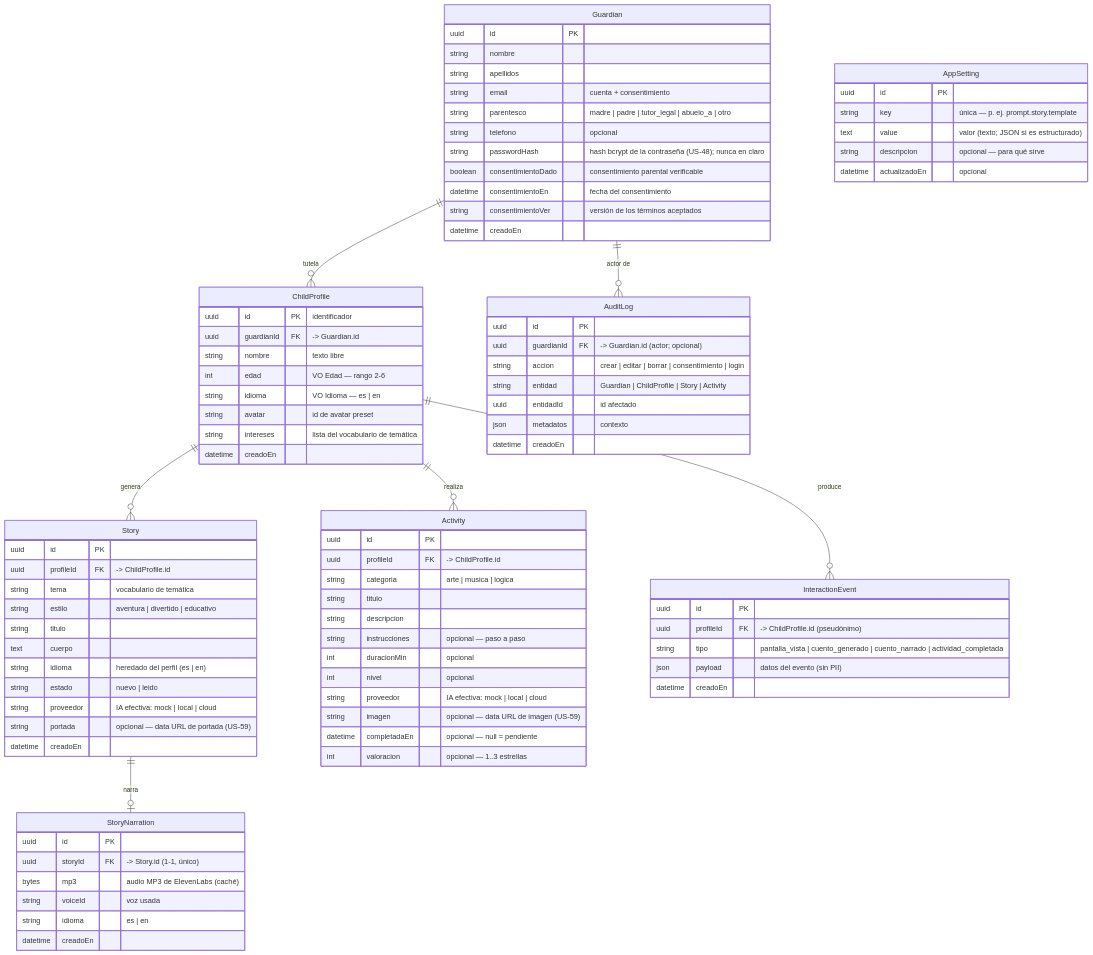
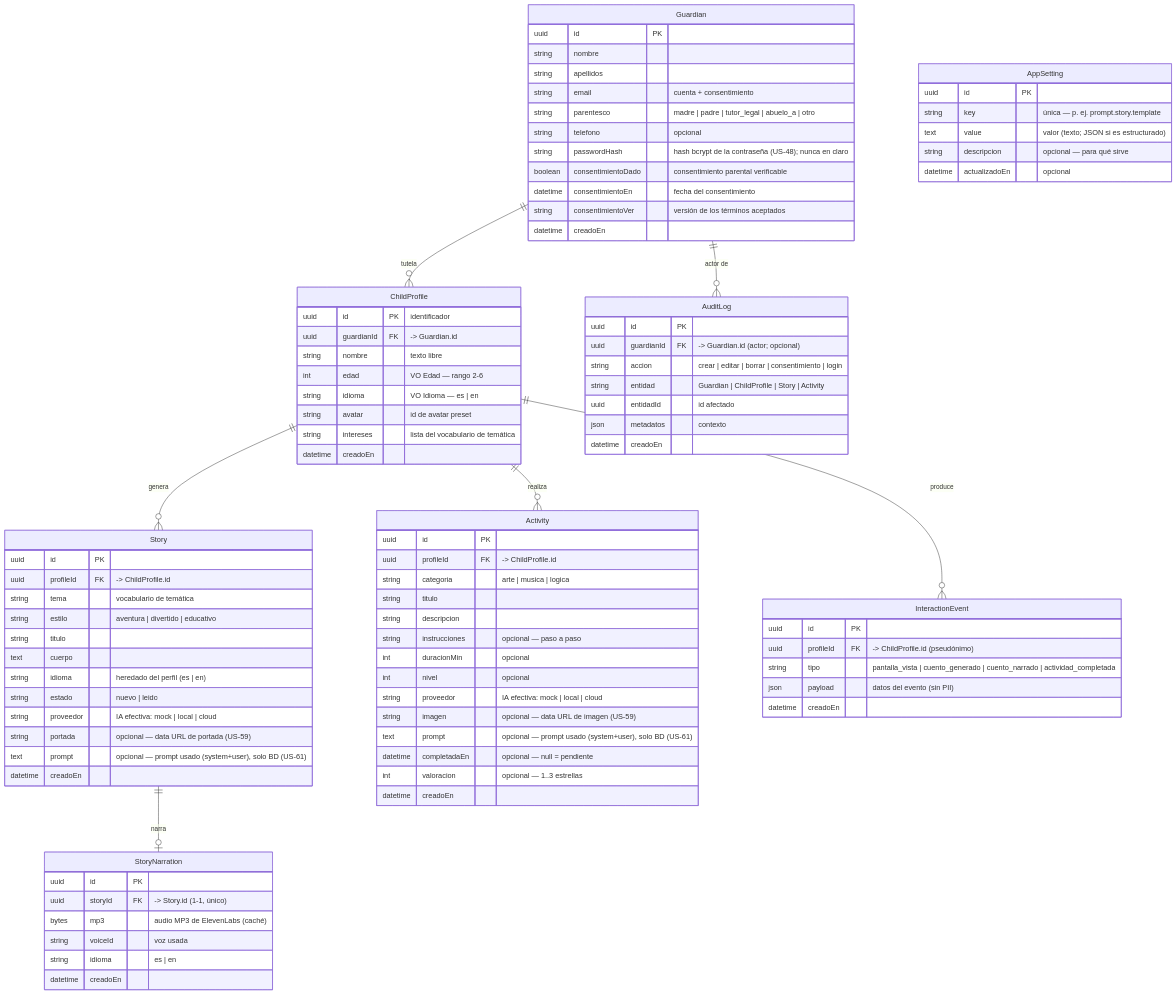
One commit to Mithor86-2/magyblobapp changed the diagram in Docs/modelo-datos.md. Above: the diagram before and after it, drawn with Mermaid. The commit also changed other lines of this file and 27 other files, not shown here.

First line of the commit message:
feat(backend): pasos 3–6, persiste el prompt usado y fecha en el DTO (US-61)

```diff
--- a/Docs/modelo-datos.md
+++ b/Docs/modelo-datos.md
@@ -56,6 +56,7 @@
         string   estado    "nuevo | leido"
         string   proveedor "IA efectiva: mock | local | cloud"
         string   portada   "opcional — data URL de portada (US-59)"
+        text     prompt    "opcional — prompt usado (system+user), solo BD (US-61)"
         datetime creadoEn
     }
 
@@ -79,8 +80,10 @@
         int      nivel       "opcional"
         string   proveedor   "IA efectiva: mock | local | cloud"
         string   imagen      "opcional — data URL de imagen (US-59)"
+        text     prompt      "opcional — prompt usado (system+user), solo BD (US-61)"
         datetime completadaEn "opcional — null = pendiente"
         int      valoracion  "opcional — 1..3 estrellas"
+        datetime creadoEn
     }
 
     InteractionEvent {
```
